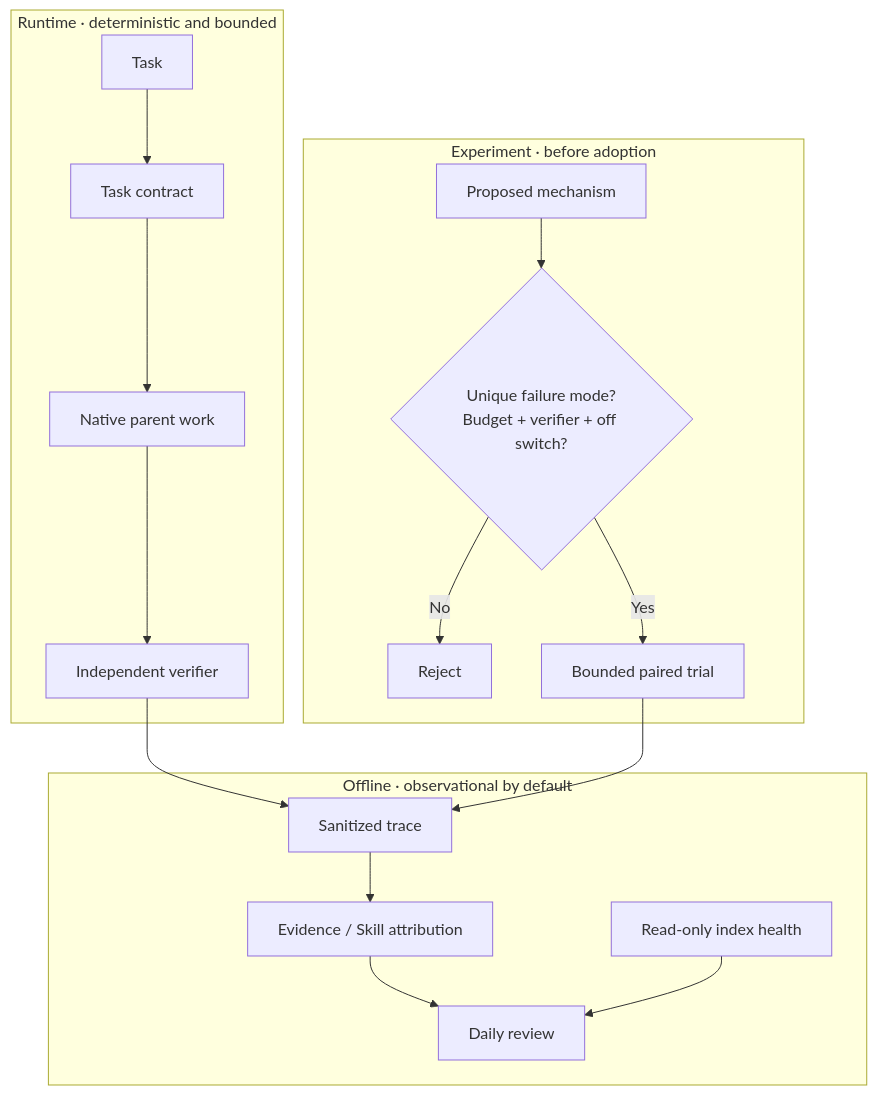
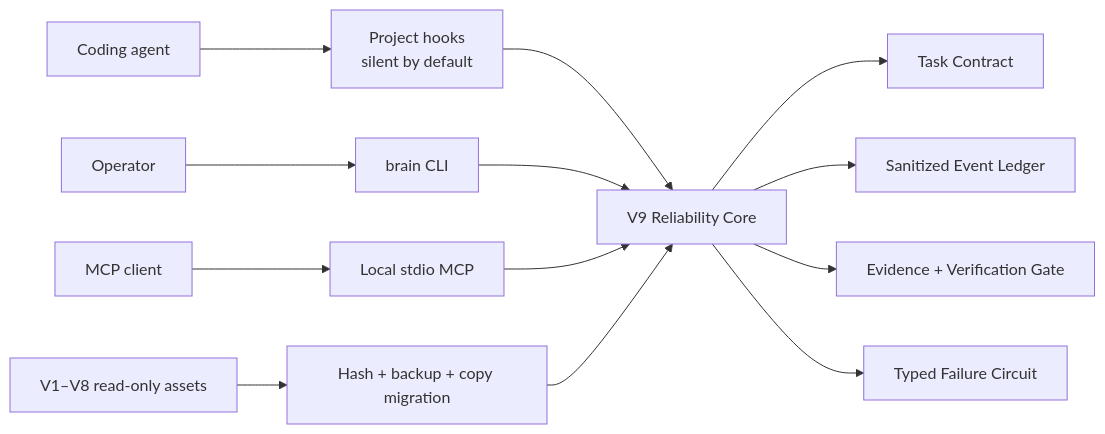
One commit to liuanye9-lab/codex-os-brain changed the first of 2 diagrams in README.md. Above: the diagram before and after it, drawn with Mermaid. The commit also changed other lines of this file and 55 other files, not shown here.

````diff
--- a/README.md
+++ b/README.md
@@ -70,16 +14,15 @@
 ```mermaid
-flowchart TB
-  subgraph Runtime["Runtime · deterministic and bounded"]
-    Task["Task"] --> Contract["Task contract"] --> Native["Native parent work"] --> Verify["Independent verifier"]
-  end
-  subgraph Experiment["Experiment · before adoption"]
-    Proposal["Proposed mechanism"] --> Orthogonal{"Unique failure mode?\nBudget + verifier + off switch?"}
-    Orthogonal -->|"No"| Reject["Reject"]
-    Orthogonal -->|"Yes"| Trial["Bounded paired trial"]
-  end
-  subgraph Offline["Offline · observational by default"]
-    Verify --> SafeTrace["Sanitized trace"] --> Attribution["Evidence / Skill attribution"] --> Daily["Daily review"]
-    Index["Read-only index health"] --> Daily
-  end
-  Trial --> SafeTrace
+flowchart LR
+  Agent["Coding agent"] --> Hooks["Project hooks\nsilent by default"]
+  Human["Operator"] --> CLI["brain CLI"]
+  Client["MCP client"] --> MCP["Local stdio MCP"]
+  Hooks --> Core["V9 Reliability Core"]
+  CLI --> Core
+  MCP --> Core
+  Core --> Contract["Task Contract"]
+  Core --> Events["Sanitized Event Ledger"]
+  Core --> Evidence["Evidence + Verification Gate"]
+  Core --> Circuit["Typed Failure Circuit"]
+  Legacy["V1–V8 read-only assets"] --> Migration["Hash + backup + copy migration"]
+  Migration --> Core
 ```
````
